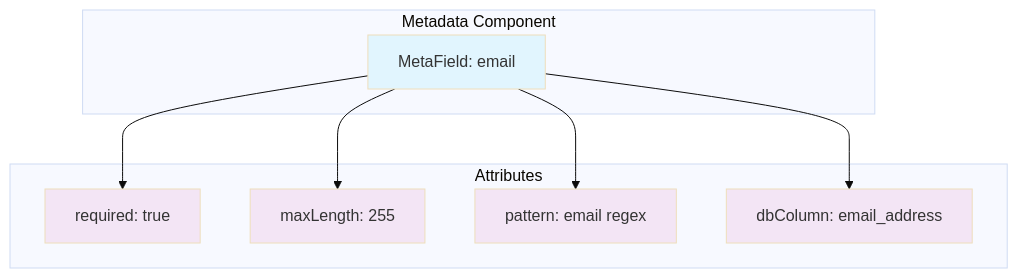
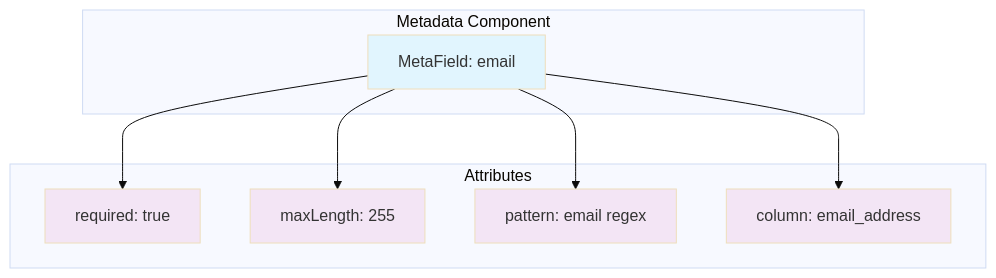
One commit to metaobjectsdev/metaobjects changed the diagram in server/java/docs/src/site/documentation/docs/user-guide/metadata/attributes/attribute-framework.md. Above: the diagram before and after it, drawn with Mermaid (base theme). The commit also changed other lines of this file and 34 other files, not shown here.

````diff
--- a/server/java/docs/src/site/documentation/docs/user-guide/metadata/attributes/attribute-framework.md
+++ b/server/java/docs/src/site/documentation/docs/user-guide/metadata/attributes/attribute-framework.md
@@ -13,24 +13,24 @@
 ```mermaid
 graph TB
     subgraph "Metadata Component"
         A[MetaField: email]
     end
 
     subgraph "Attributes"
         B[required: true]
         C[maxLength: 255]
         D[pattern: email regex]
-        E[dbColumn: email_address]
+        E[column: email_address]
     end
 
     A --> B
     A --> C
     A --> D
     A --> E
 
     style A fill:#e1f5fe
     style B fill:#f3e5f5
     style C fill:#f3e5f5
     style D fill:#f3e5f5
     style E fill:#f3e5f5
 ```
````
